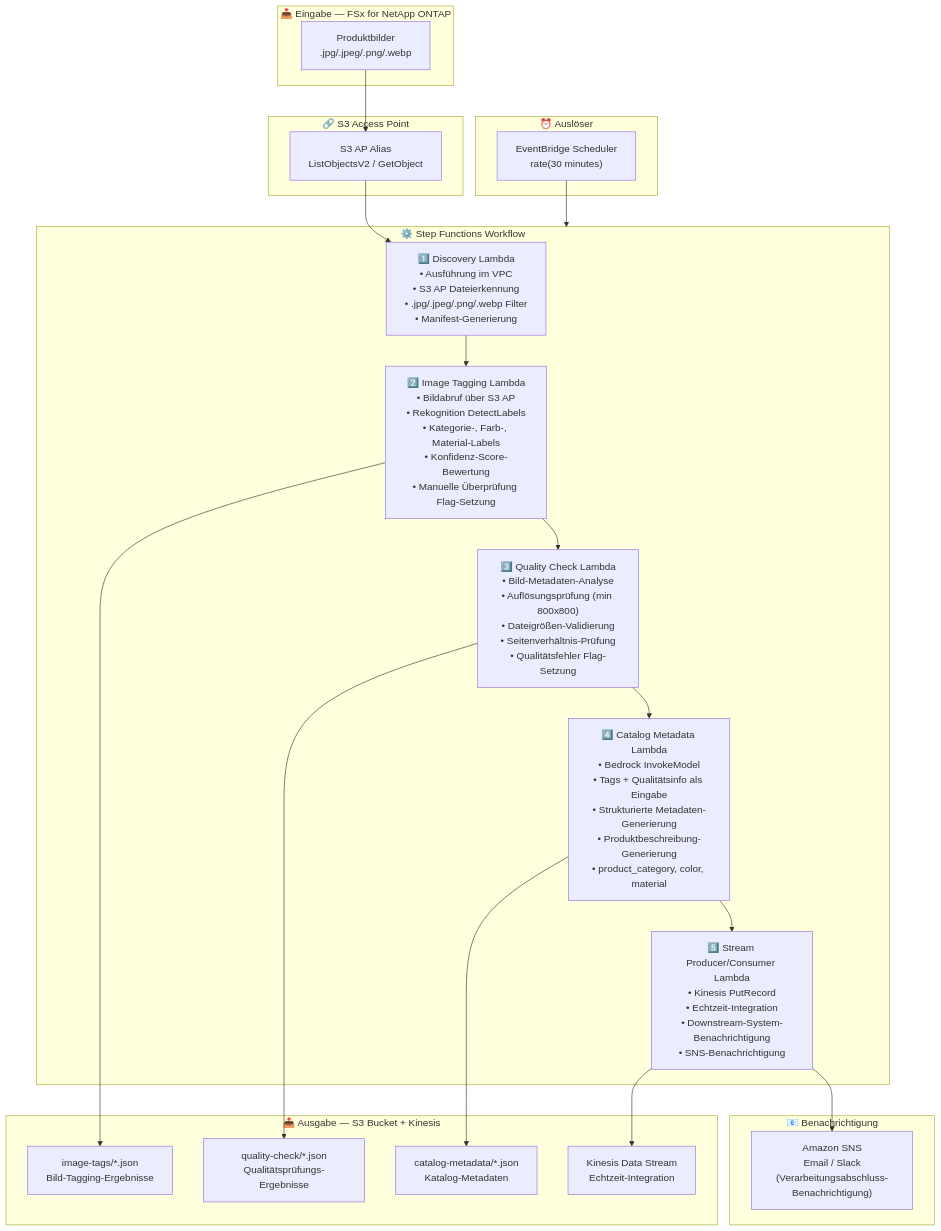
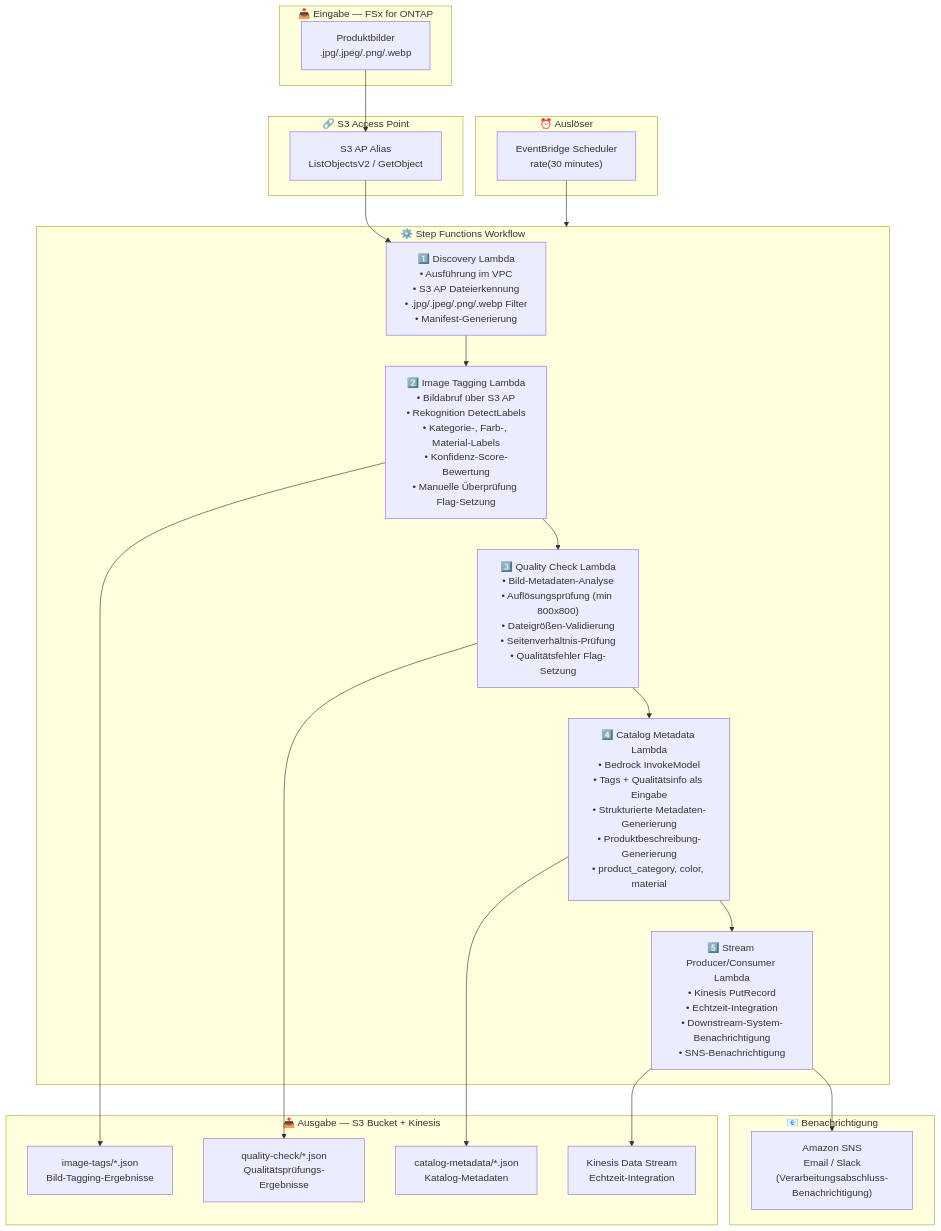
One commit to Yoshiki0705/FSx-for-ONTAP-S3AccessPoints-Serverless-Patterns changed the diagram in retail-catalog/docs/architecture.de.md. Above: the diagram before and after it, drawn with Mermaid. The commit also changed other lines of this file and 597 other files, not shown here.

````diff
--- a/retail-catalog/docs/architecture.de.md
+++ b/retail-catalog/docs/architecture.de.md
@@ -11,46 +11,46 @@
 ```mermaid
 flowchart TB
-    subgraph INPUT["📥 Eingabe — FSx for NetApp ONTAP"]
+    subgraph INPUT["📥 Eingabe — FSx for ONTAP"]
         DATA["Produktbilder<br/>.jpg/.jpeg/.png/.webp"]
     end
 
     subgraph S3AP["🔗 S3 Access Point"]
         ALIAS["S3 AP Alias<br/>ListObjectsV2 / GetObject"]
     end
 
     subgraph TRIGGER["⏰ Auslöser"]
         EB["EventBridge Scheduler<br/>rate(30 minutes)"]
     end
 
     subgraph SFN["⚙️ Step Functions Workflow"]
         DISC["1️⃣ Discovery Lambda<br/>• Ausführung im VPC<br/>• S3 AP Dateierkennung<br/>• .jpg/.jpeg/.png/.webp Filter<br/>• Manifest-Generierung"]
         IT["2️⃣ Image Tagging Lambda<br/>• Bildabruf über S3 AP<br/>• Rekognition DetectLabels<br/>• Kategorie-, Farb-, Material-Labels<br/>• Konfidenz-Score-Bewertung<br/>• Manuelle Überprüfung Flag-Setzung"]
         QC["3️⃣ Quality Check Lambda<br/>• Bild-Metadaten-Analyse<br/>• Auflösungsprüfung (min 800x800)<br/>• Dateigrößen-Validierung<br/>• Seitenverhältnis-Prüfung<br/>• Qualitätsfehler Flag-Setzung"]
         CM["4️⃣ Catalog Metadata Lambda<br/>• Bedrock InvokeModel<br/>• Tags + Qualitätsinfo als Eingabe<br/>• Strukturierte Metadaten-Generierung<br/>• Produktbeschreibung-Generierung<br/>• product_category, color, material"]
         SP["5️⃣ Stream Producer/Consumer Lambda<br/>• Kinesis PutRecord<br/>• Echtzeit-Integration<br/>• Downstream-System-Benachrichtigung<br/>• SNS-Benachrichtigung"]
     end
 
     subgraph OUTPUT["📤 Ausgabe — S3 Bucket + Kinesis"]
         TAGOUT["image-tags/*.json<br/>Bild-Tagging-Ergebnisse"]
         QCOUT["quality-check/*.json<br/>Qualitätsprüfungs-Ergebnisse"]
         CATOUT["catalog-metadata/*.json<br/>Katalog-Metadaten"]
         KINESIS["Kinesis Data Stream<br/>Echtzeit-Integration"]
     end
 
     subgraph NOTIFY["📧 Benachrichtigung"]
         SNS["Amazon SNS<br/>Email / Slack<br/>(Verarbeitungsabschluss-Benachrichtigung)"]
     end
 
     DATA --> ALIAS
     ALIAS --> DISC
     EB --> SFN
     DISC --> IT
     IT --> QC
     QC --> CM
     CM --> SP
     IT --> TAGOUT
     QC --> QCOUT
     CM --> CATOUT
     SP --> KINESIS
     SP --> SNS
 ```
````
